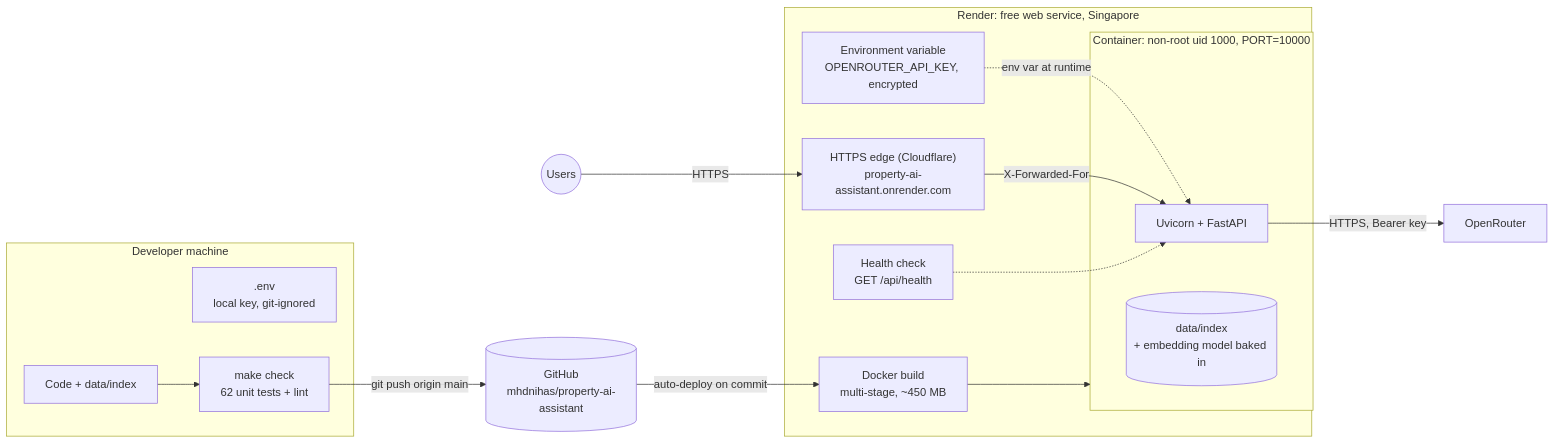
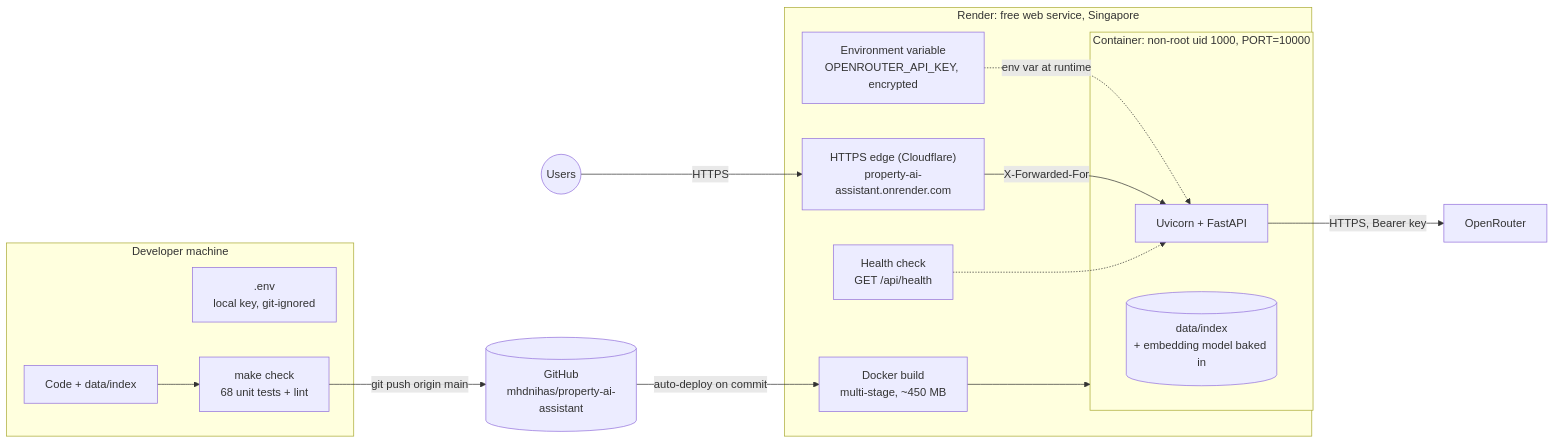
Diagram 13 of 14 in docs/ARCHITECTURE.md (mhdnihas/property-ai-assistant), drawn with Mermaid before and after one commit. The commit also changed 4 other files, not shown here.

````diff
--- a/docs/ARCHITECTURE.md
+++ b/docs/ARCHITECTURE.md
@@ -506,31 +506,31 @@
 ```mermaid
 flowchart LR
     subgraph DEV["Developer machine"]
         CODE["Code + data/index"]
         ENV[".env<br/>local key, git-ignored"]
-        TEST["make check<br/>62 unit tests + lint"]
+        TEST["make check<br/>68 unit tests + lint"]
         CODE --> TEST
     end
 
     GH[("GitHub<br/>mhdnihas/property-ai-assistant")]
 
     subgraph RENDER["Render: free web service, Singapore"]
         BUILD["Docker build<br/>multi-stage, ~450 MB"]
         SECRET["Environment variable<br/>OPENROUTER_API_KEY, encrypted"]
         subgraph CT["Container: non-root uid 1000, PORT=10000"]
             UV["Uvicorn + FastAPI"]
             IDXC[("data/index<br/>+ embedding model baked in")]
         end
         HC["Health check<br/>GET /api/health"]
         PROXY["HTTPS edge (Cloudflare)<br/>property-ai-assistant.onrender.com"]
     end
 
     USERS(("Users"))
     ORX["OpenRouter"]
 
     TEST -->|"git push origin main"| GH -->|"auto-deploy on commit"| BUILD --> CT
     SECRET -. "env var at runtime" .-> UV
     USERS -->|HTTPS| PROXY -->|"X-Forwarded-For"| UV
     UV -->|"HTTPS, Bearer key"| ORX
     HC -.-> UV
 ```
````
